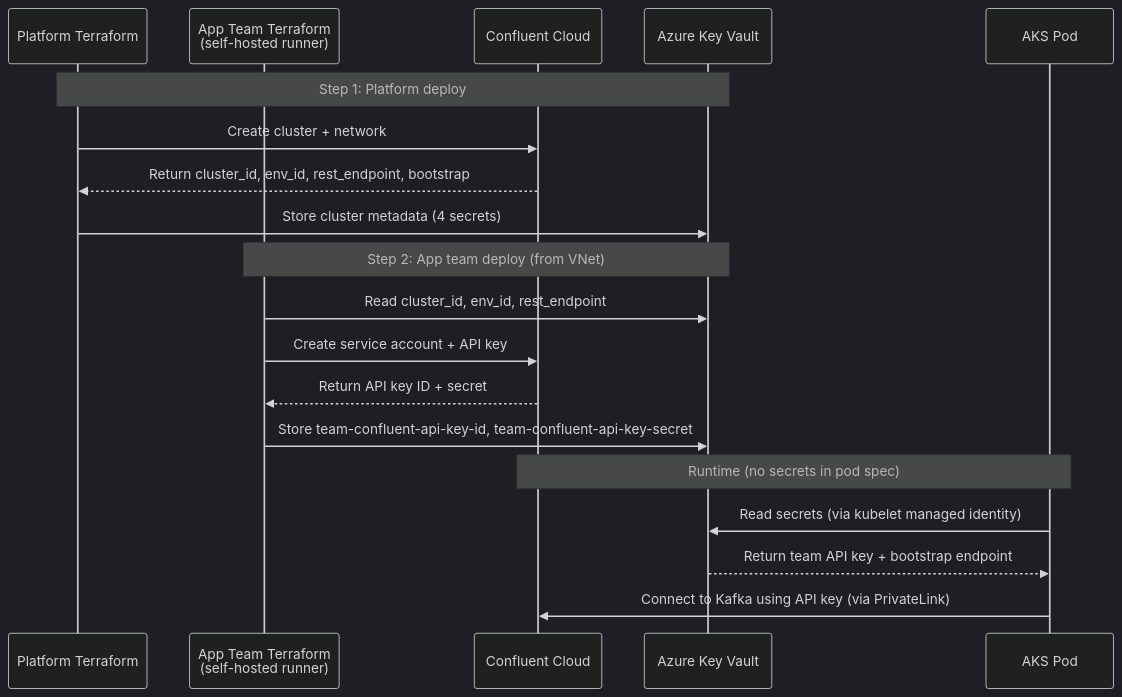
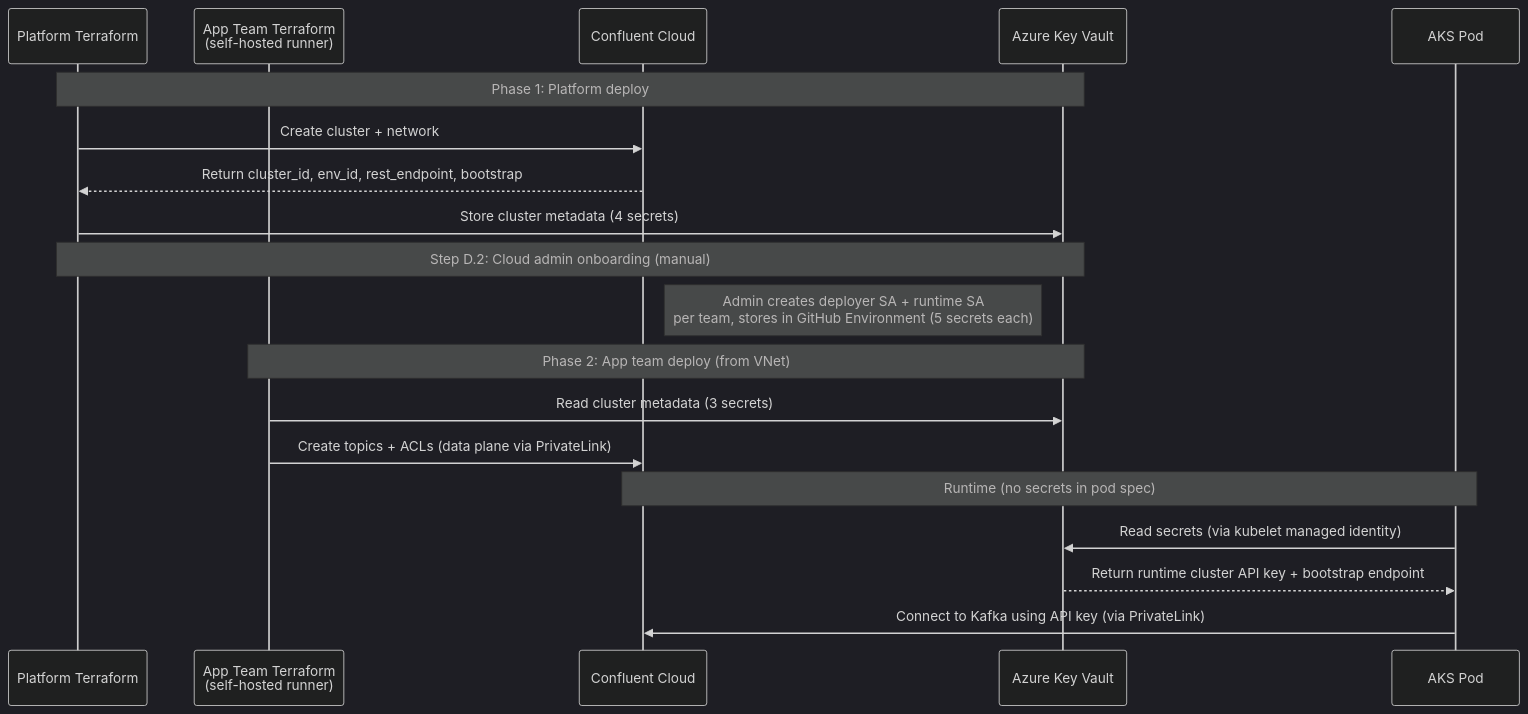
Before and after one commit to GouthamKumar4/terraform-confluent-cloud-aks-poc: the third of 3 diagrams in docs/02-design/security-and-permissions.md, drawn with Mermaid (dark theme). The commit also changed other lines of this file and 41 other files, not shown here.

````diff
--- a/docs/02-design/security-and-permissions.md
+++ b/docs/02-design/security-and-permissions.md
@@ -193,24 +220,25 @@
 ```mermaid
 sequenceDiagram
     participant PTF as Platform Terraform
     participant ATF as App Team Terraform<br>(self-hosted runner)
     participant CF as Confluent Cloud
     participant KV as Azure Key Vault
     participant AKS as AKS Pod
 
-    Note over PTF,KV: Step 1: Platform deploy
+    Note over PTF,KV: Phase 1: Platform deploy
     PTF->>CF: Create cluster + network
     CF-->>PTF: Return cluster_id, env_id, rest_endpoint, bootstrap
     PTF->>KV: Store cluster metadata (4 secrets)
 
-    Note over ATF,KV: Step 2: App team deploy (from VNet)
-    ATF->>KV: Read cluster_id, env_id, rest_endpoint
-    ATF->>CF: Create service account + API key
-    CF-->>ATF: Return API key ID + secret
-    ATF->>KV: Store team-confluent-api-key-id, team-confluent-api-key-secret
+    Note over PTF,KV: Step D.2: Cloud admin onboarding (manual)
+    Note right of CF: Admin creates deployer SA + runtime SA<br>per team, stores in GitHub Environment (5 secrets each)
+
+    Note over ATF,KV: Phase 2: App team deploy (from VNet)
+    ATF->>KV: Read cluster metadata (3 secrets)
+    ATF->>CF: Create topics + ACLs (data plane via PrivateLink)
 
     Note over AKS,CF: Runtime (no secrets in pod spec)
     AKS->>KV: Read secrets (via kubelet managed identity)
-    KV-->>AKS: Return team API key + bootstrap endpoint
+    KV-->>AKS: Return runtime cluster API key + bootstrap endpoint
     AKS->>CF: Connect to Kafka using API key (via PrivateLink)
 ```
````
